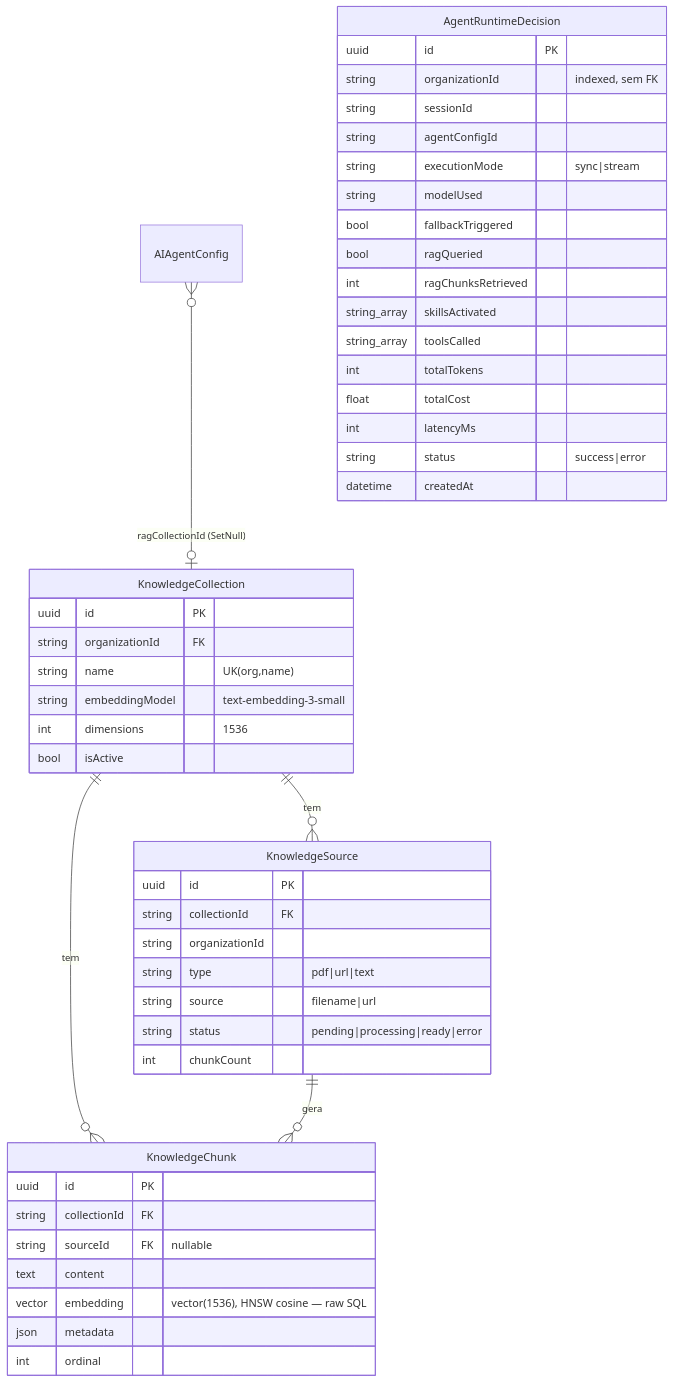
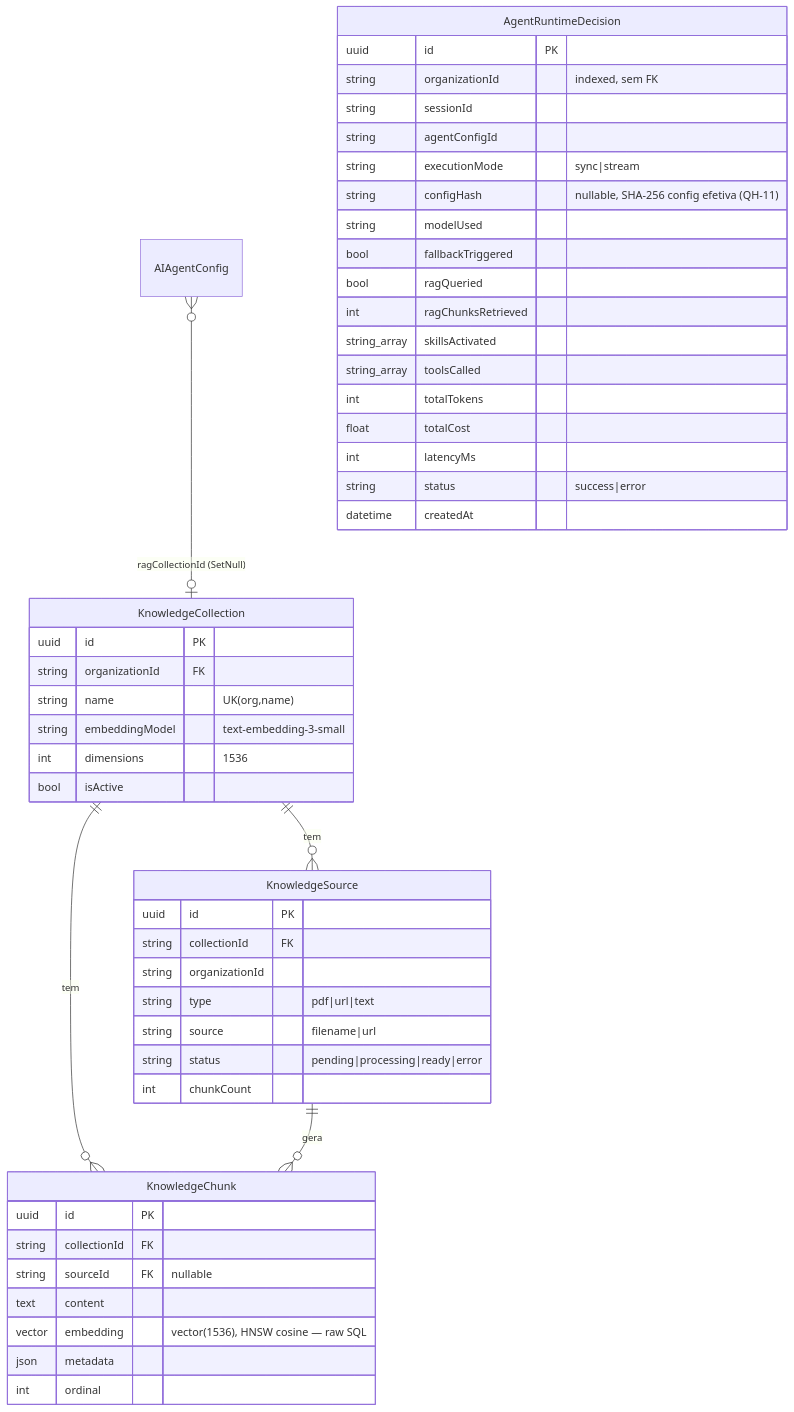
The fourth of 4 diagrams in docs/ERD.md (quayer/app-quayer), drawn with Mermaid before and after one commit. The commit also changed other lines of this file and 14 other files, not shown here.

First line of the commit message:
feat(runtime/obs): P3 hardening — config_hash, calendar token encryption (AES-GCM), tracing cross-worker

````diff
--- a/docs/ERD.md
+++ b/docs/ERD.md
@@ -388,52 +389,53 @@
 ```mermaid
 erDiagram
     KnowledgeCollection ||--o{ KnowledgeSource : "tem"
     KnowledgeCollection ||--o{ KnowledgeChunk : "tem"
     KnowledgeSource ||--o{ KnowledgeChunk : "gera"
     AIAgentConfig }o--o| KnowledgeCollection : "ragCollectionId (SetNull)"
 
     KnowledgeCollection {
         uuid id PK
         string organizationId FK
         string name "UK(org,name)"
         string embeddingModel "text-embedding-3-small"
         int dimensions "1536"
         bool isActive
     }
     KnowledgeSource {
         uuid id PK
         string collectionId FK
         string organizationId
         string type "pdf|url|text"
         string source "filename|url"
         string status "pending|processing|ready|error"
         int chunkCount
     }
     KnowledgeChunk {
         uuid id PK
         string collectionId FK
         string sourceId FK "nullable"
         text content
         vector embedding "vector(1536), HNSW cosine — raw SQL"
         json metadata
         int ordinal
     }
     AgentRuntimeDecision {
         uuid id PK
         string organizationId "indexed, sem FK"
         string sessionId
         string agentConfigId
         string executionMode "sync|stream"
+        string configHash "nullable, SHA-256 config efetiva (QH-11)"
         string modelUsed
         bool fallbackTriggered
         bool ragQueried
         int ragChunksRetrieved
         string_array skillsActivated
         string_array toolsCalled
         int totalTokens
         float totalCost
         int latencyMs
         string status "success|error"
         datetime createdAt
     }
 ```
````
